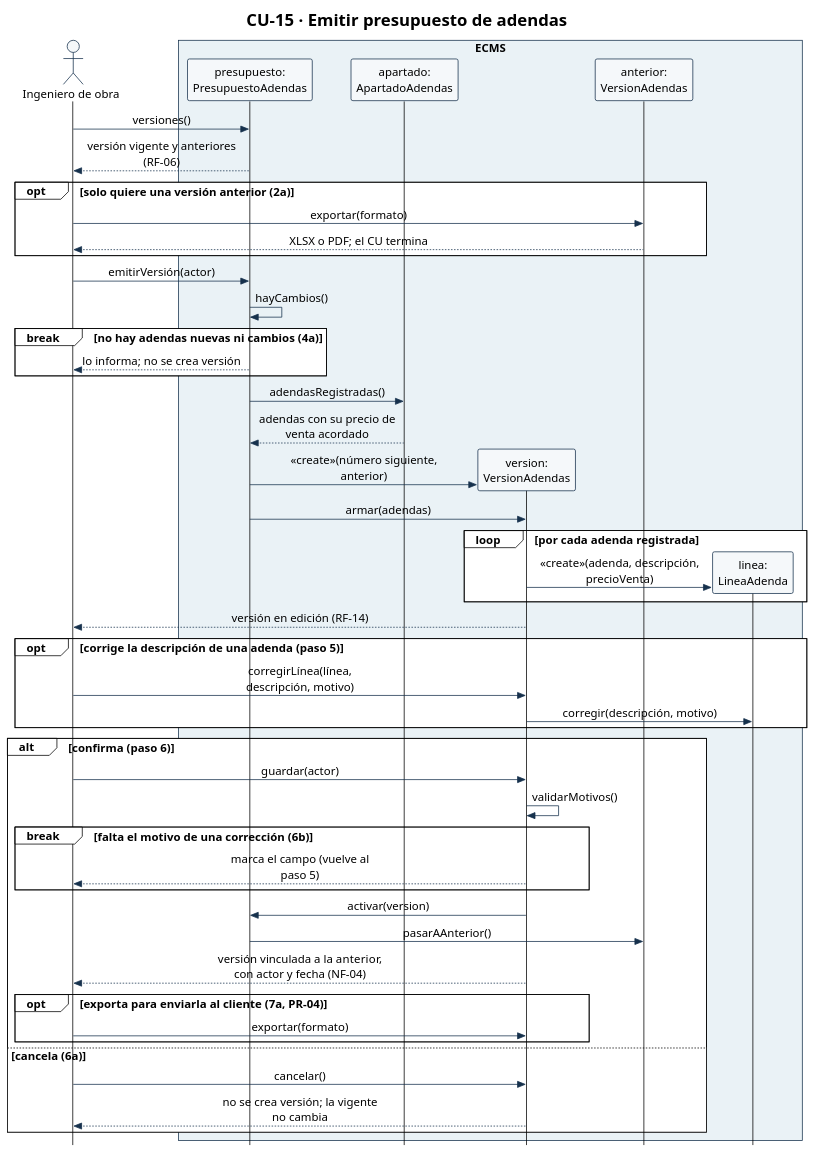
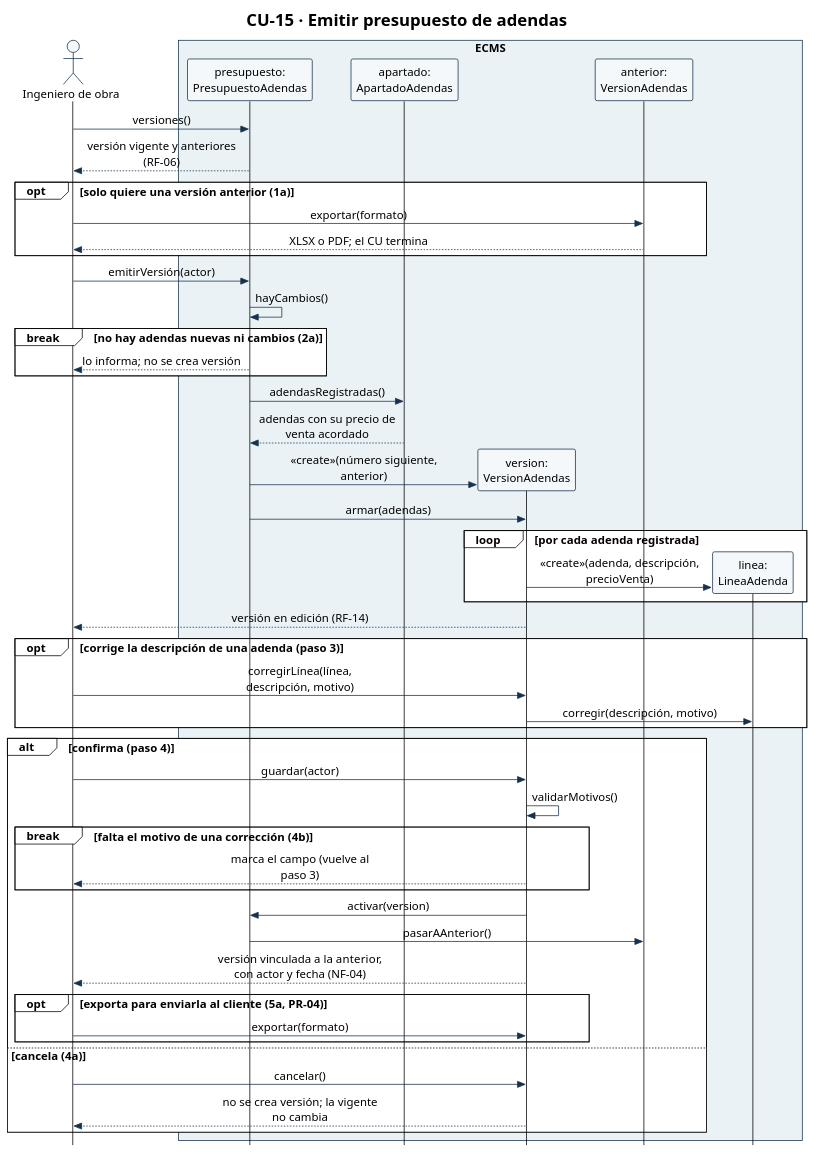
One commit to Ssrrb/tpf-uca changed the diagram in diagramas/CU-15-secuencia.puml. Above: the diagram before and after it, drawn with PlantUML. The commit also changed 12 other files, not shown here.

```diff
--- a/diagramas/CU-15-secuencia.puml
+++ b/diagramas/CU-15-secuencia.puml
@@ -1,76 +1,76 @@
 @startuml
 !theme plain
 skinparam style strictuml
 skinparam shadowing false
 skinparam defaultFontName Arial
 skinparam defaultFontSize 15
 skinparam sequenceMessageAlign center
 skinparam maxMessageSize 220
 skinparam ParticipantPadding 8
 skinparam BoxPadding 6
 skinparam ParticipantBackgroundColor #F5F8FA
 skinparam ParticipantBorderColor #17324D
 skinparam ActorBorderColor #17324D
 skinparam ActorBackgroundColor #F5F8FA
 skinparam ArrowColor #17324D
 skinparam SequenceBoxBorderColor #17324D
 skinparam note {
   BackgroundColor #FFFFFF
   BorderColor #17324D
 }
 hide footbox
 title CU-15 · Emitir presupuesto de adendas
 actor "Ingeniero de obra" as Ing
 box "ECMS" #EAF2F6
 participant "presupuesto:\nPresupuestoAdendas" as PA
 participant "apartado:\nApartadoAdendas" as Apa
 participant "version:\nVersionAdendas" as V
 participant "anterior:\nVersionAdendas" as Ant
 participant "linea:\nLineaAdenda" as Lin
 end box
 
 Ing -> PA: versiones()
 PA --> Ing: versión vigente y anteriores (RF-06)
-opt solo quiere una versión anterior (2a)
+opt solo quiere una versión anterior (1a)
   Ing -> Ant: exportar(formato)
   Ant --> Ing: XLSX o PDF; el CU termina
 end
 
 Ing -> PA: emitirVersión(actor)
 PA -> PA: hayCambios()
-break no hay adendas nuevas ni cambios (4a)
+break no hay adendas nuevas ni cambios (2a)
   PA --> Ing: lo informa; no se crea versión
 end
 PA -> Apa: adendasRegistradas()
 Apa --> PA: adendas con su precio de venta acordado
 create V
 PA -> V: «create»(número siguiente, anterior)
 PA -> V: armar(adendas)
 loop por cada adenda registrada
   create Lin
   V -> Lin: «create»(adenda, descripción, precioVenta)
 end
 V --> Ing: versión en edición (RF-14)
 
-opt corrige la descripción de una adenda (paso 5)
+opt corrige la descripción de una adenda (paso 3)
   Ing -> V: corregirLínea(línea, descripción, motivo)
   V -> Lin: corregir(descripción, motivo)
 end
 
-alt confirma (paso 6)
+alt confirma (paso 4)
   Ing -> V: guardar(actor)
   V -> V: validarMotivos()
-  break falta el motivo de una corrección (6b)
-    V --> Ing: marca el campo (vuelve al paso 5)
+  break falta el motivo de una corrección (4b)
+    V --> Ing: marca el campo (vuelve al paso 3)
   end
   V -> PA: activar(version)
   PA -> Ant: pasarAAnterior()
   V --> Ing: versión vinculada a la anterior, con actor y fecha (NF-04)
-  opt exporta para enviarla al cliente (7a, PR-04)
+  opt exporta para enviarla al cliente (5a, PR-04)
     Ing -> V: exportar(formato)
   end
-else cancela (6a)
+else cancela (4a)
   Ing -> V: cancelar()
   V --> Ing: no se crea versión; la vigente no cambia
 end
 @enduml
```
